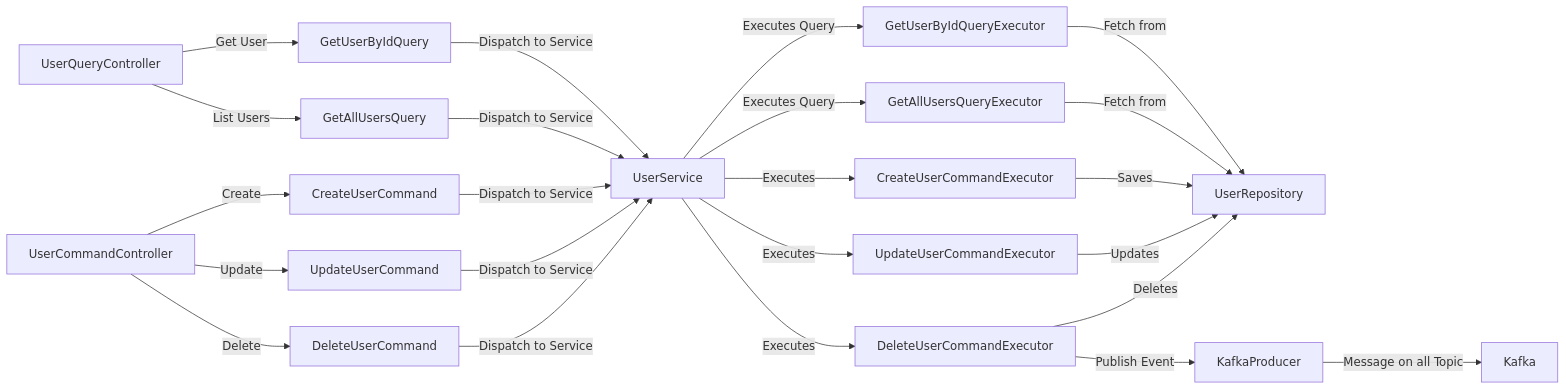
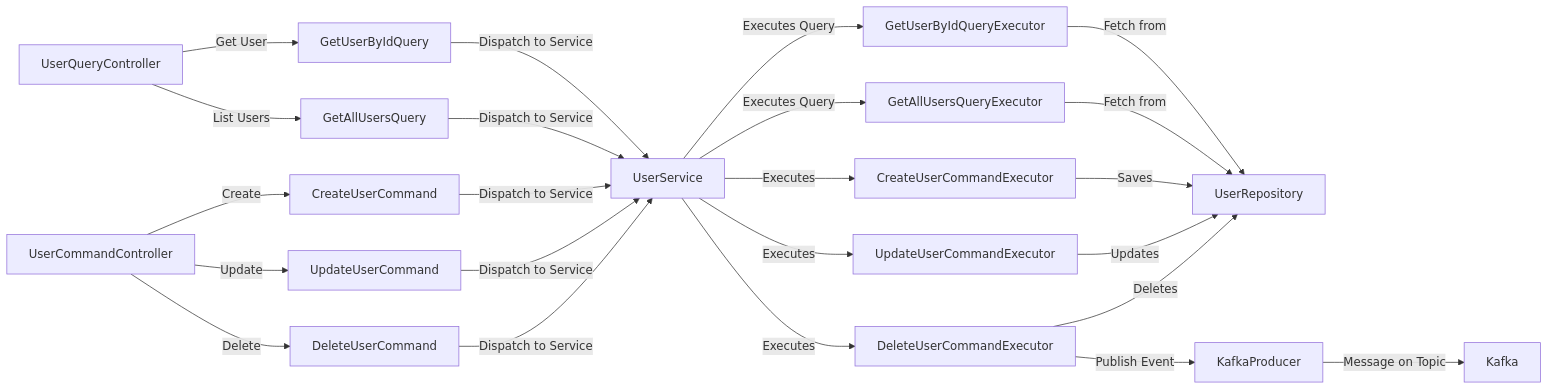
The first of 8 diagrams in readme.md (viswarajramji/user), drawn with Mermaid before and after one commit. The commit also changed other lines of this file, not shown here.

````diff
--- a/readme.md
+++ b/readme.md
@@ -27,32 +27,32 @@
 ```mermaid
 graph LR
     L[UserQueryController] -->|Get User| M[GetUserByIdQuery]
     L -->|List Users| N[GetAllUsersQuery]
     
     M -->|Dispatch to Service| E[UserService]
     N -->|Dispatch to Service| E
     
     E -->|Executes Query| O[GetUserByIdQueryExecutor]
     E -->|Executes Query| P[GetAllUsersQueryExecutor]
     
     O -->|Fetch from| I[UserRepository]
     P -->|Fetch from| I
     
     A[UserCommandController] -->|Create| B[CreateUserCommand]
     A -->|Update| C[UpdateUserCommand]
     A -->|Delete| D[DeleteUserCommand]
     
     B -->|Dispatch to Service| E
     C -->|Dispatch to Service| E
     D -->|Dispatch to Service| E
     
     E -->|Executes| F[CreateUserCommandExecutor]
     E -->|Executes| G[UpdateUserCommandExecutor]
     E -->|Executes| H[DeleteUserCommandExecutor]
     
     F -->|Saves| I
     G -->|Updates| I
     H -->|Deletes| I
     H -->|Publish Event| J[KafkaProducer]
-    J -->|Message on all Topic| K[Kafka]
+    J -->|Message on Topic| K[Kafka]
 ```
````
